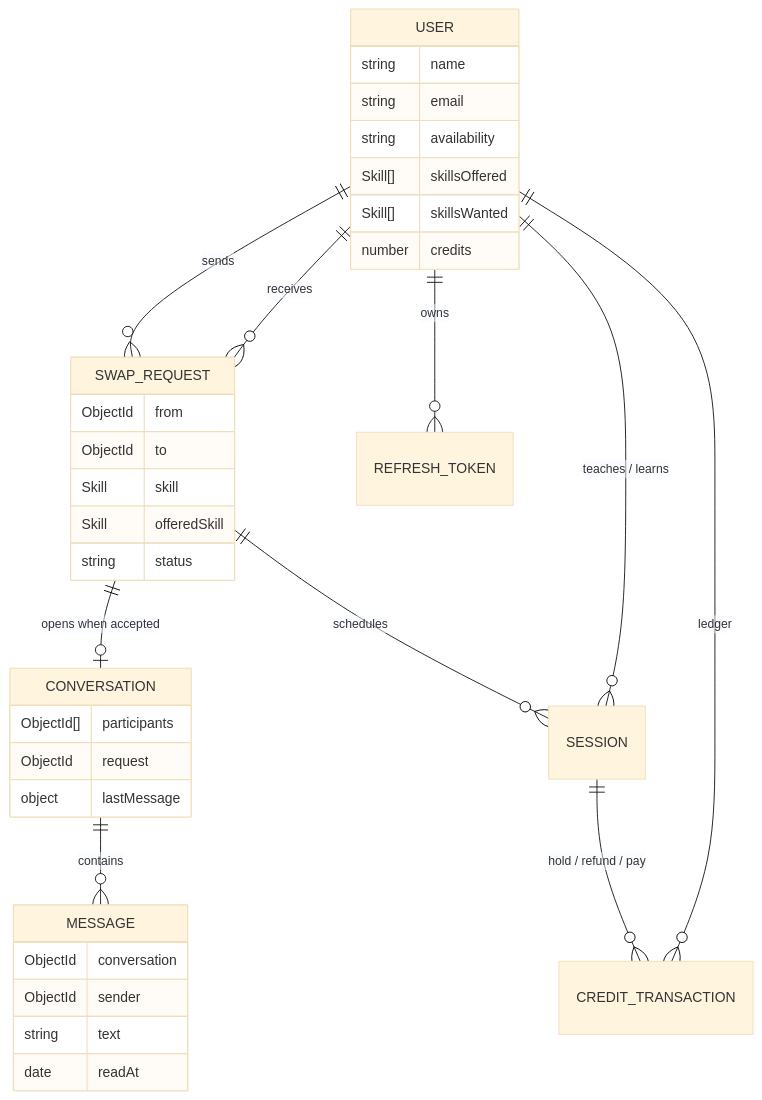
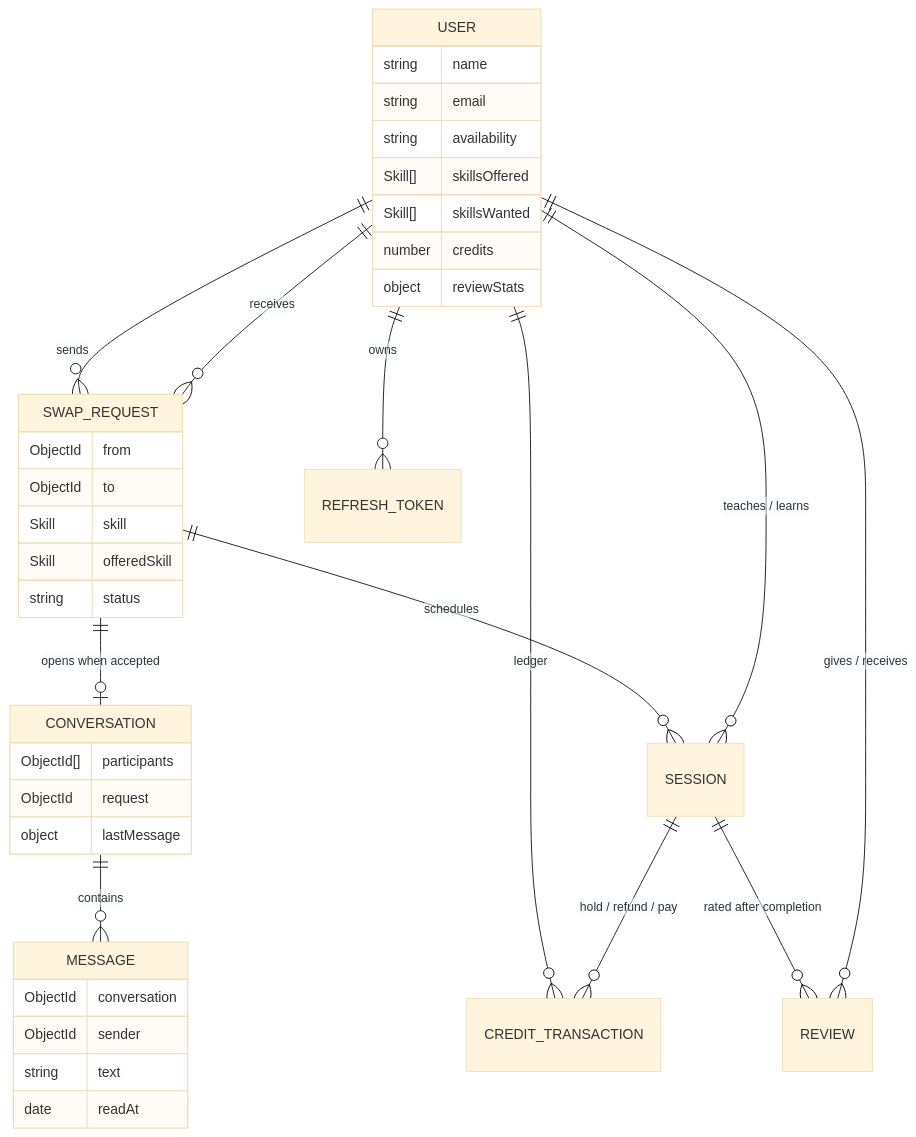
Before and after one commit to aJoshiG/skillswap: the second of 2 diagrams in README.md, drawn with Mermaid (base theme). The commit also changed other lines of this file and 27 other files, not shown here.

````diff
--- a/README.md
+++ b/README.md
@@ -78,38 +80,41 @@
 ```mermaid
 erDiagram
   USER ||--o{ SWAP_REQUEST : sends
   USER ||--o{ SWAP_REQUEST : receives
   SWAP_REQUEST ||--o| CONVERSATION : "opens when accepted"
   CONVERSATION ||--o{ MESSAGE : contains
   USER ||--o{ REFRESH_TOKEN : owns
   SWAP_REQUEST ||--o{ SESSION : "schedules"
   USER ||--o{ SESSION : "teaches / learns"
   USER ||--o{ CREDIT_TRANSACTION : "ledger"
   SESSION ||--o{ CREDIT_TRANSACTION : "hold / refund / pay"
+  SESSION ||--o{ REVIEW : "rated after completion"
+  USER ||--o{ REVIEW : "gives / receives"
   USER {
     string name
     string email
     string availability
     Skill[] skillsOffered
     Skill[] skillsWanted
     number credits
+    object reviewStats
   }
   SWAP_REQUEST {
     ObjectId from
     ObjectId to
     Skill skill
     Skill offeredSkill
     string status
   }
   CONVERSATION {
     ObjectId[] participants
     ObjectId request
     object lastMessage
   }
   MESSAGE {
     ObjectId conversation
     ObjectId sender
     string text
     date readAt
   }
 ```
````
